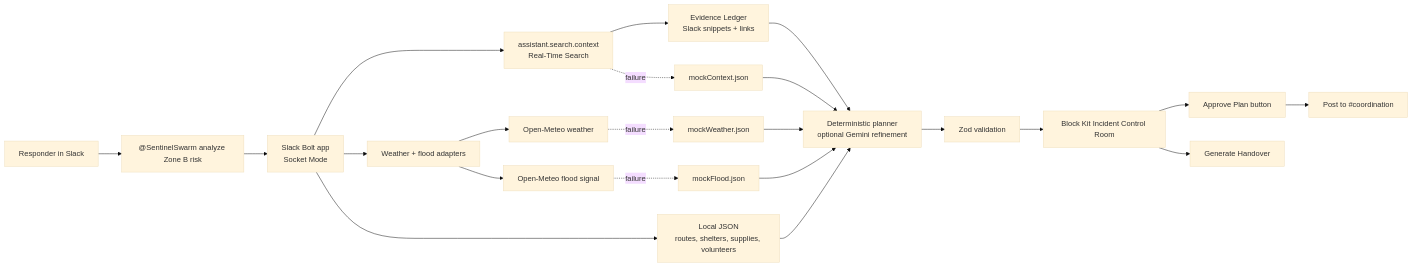
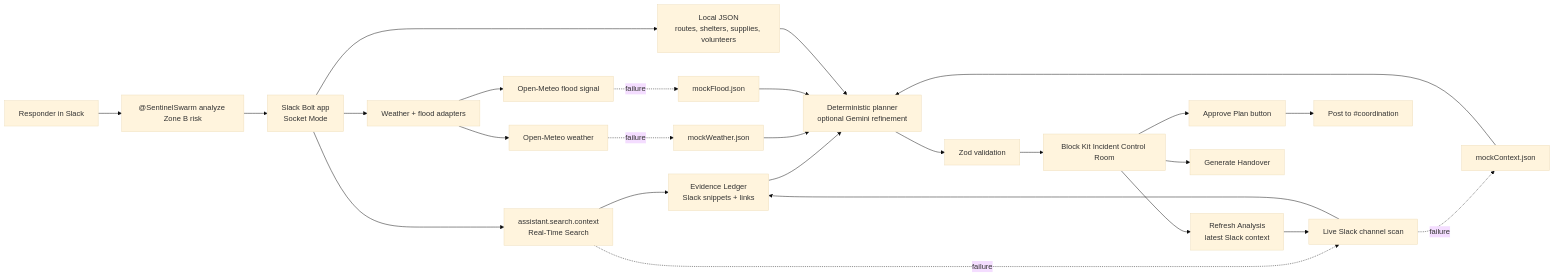
One commit to kaustubh-dot/SentinelSwarm changed the diagram in docs/ARCHITECTURE_DIAGRAM.md. Above: the diagram before and after it, drawn with Mermaid (base theme). The commit also changed other lines of this file and 20 other files, not shown here.

````diff
--- a/docs/ARCHITECTURE_DIAGRAM.md
+++ b/docs/ARCHITECTURE_DIAGRAM.md
@@ -5,24 +5,28 @@
 ```mermaid
 flowchart LR
   Responder["Responder in Slack"] --> Mention["@SentinelSwarm analyze Zone B risk"]
   Mention --> Bolt["Slack Bolt app<br/>Socket Mode"]
   Bolt --> RTS["assistant.search.context<br/>Real-Time Search"]
   RTS --> Evidence["Evidence Ledger<br/>Slack snippets + links"]
-  RTS -. failure .-> MockContext["mockContext.json"]
+  RTS -. failure .-> SlackScan["Live Slack channel scan"]
+  SlackScan --> Evidence
+  SlackScan -. failure .-> MockContext["mockContext.json"]
   Bolt --> RiskTools["Weather + flood adapters"]
   RiskTools --> Weather["Open-Meteo weather"]
   RiskTools --> Flood["Open-Meteo flood signal"]
   Weather -. failure .-> MockWeather["mockWeather.json"]
   Flood -. failure .-> MockFlood["mockFlood.json"]
   Bolt --> LocalData["Local JSON<br/>routes, shelters, supplies, volunteers"]
   Evidence --> Planner["Deterministic planner<br/>optional Gemini refinement"]
   MockContext --> Planner
   MockWeather --> Planner
   MockFlood --> Planner
   LocalData --> Planner
   Planner --> Zod["Zod validation"]
   Zod --> BlockKit["Block Kit Incident Control Room"]
+  BlockKit --> Refresh["Refresh Analysis<br/>latest Slack context"]
+  Refresh --> SlackScan
   BlockKit --> Approval["Approve Plan button"]
   Approval --> Coordination["Post to #coordination"]
   BlockKit --> Handover["Generate Handover"]
 ```
````
